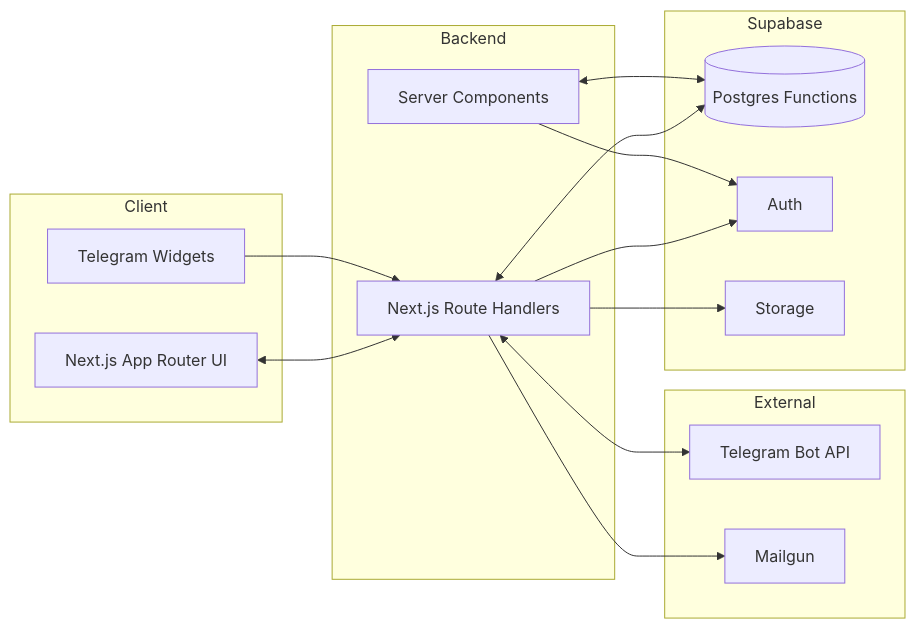
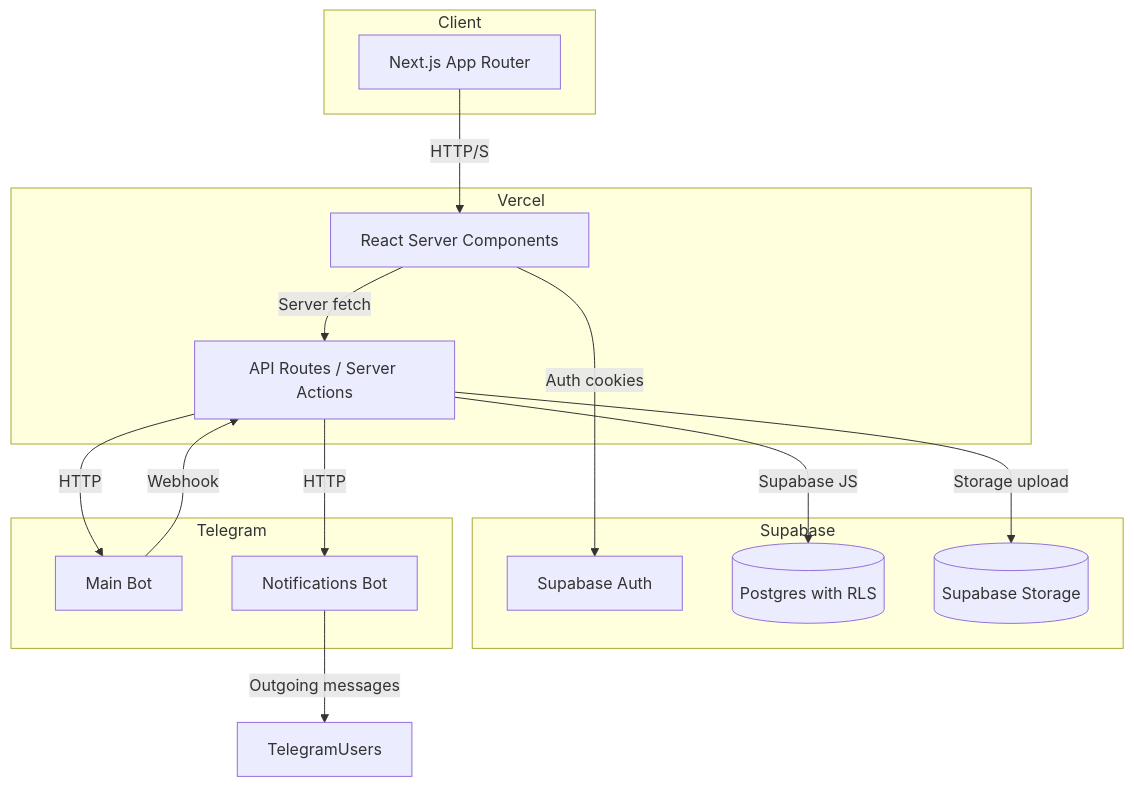
The first of 3 diagrams in docs/Audit.md (timgorshkov/orbo-1.1), drawn with Mermaid before and after one commit. The commit also changed other lines of this file and 6 other files, not shown here.

````diff
--- a/docs/Audit.md
+++ b/docs/Audit.md
@@ -14,30 +10,29 @@
 ```mermaid
-flowchart LR
+graph TD
   subgraph Client
-    A[Next.js App Router UI]
-    B[Telegram Widgets]
+    Browser[Next.js App Router]
   end
-  subgraph Backend
-    C[Next.js Route Handlers]
-    D[Server Components]
+  subgraph Vercel
+    App[React Server Components]
+    API[API Routes / Server Actions]
   end
   subgraph Supabase
-    E[(Postgres  Functions)]
-    F[Auth]
-    G[Storage]
+    Auth[Supabase Auth]
+    DB[(Postgres with RLS)]
+    Storage[(Supabase Storage)]
   end
-  subgraph External
-    H[Telegram Bot API]
-    I[Mailgun]
+  subgraph Telegram
+    MainBot[Main Bot]
+    NotifyBot[Notifications Bot]
   end
 
-  A <--> C
-  B --> C
-  C <--> E
-  C --> F
-  C --> G
-  C <--> H
-  C --> I
-  D <--> E
-  D --> F
+  Browser -->|HTTP/S| App
+  App -->|Server fetch| API
+  API -->|Supabase JS| DB
+  App -->|Auth cookies| Auth
+  API -->|Storage upload| Storage
+  MainBot -->|Webhook| API
+  NotifyBot -->|Outgoing messages| TelegramUsers
+  API -->|HTTP| MainBot
+  API -->|HTTP| NotifyBot
 ```
````
